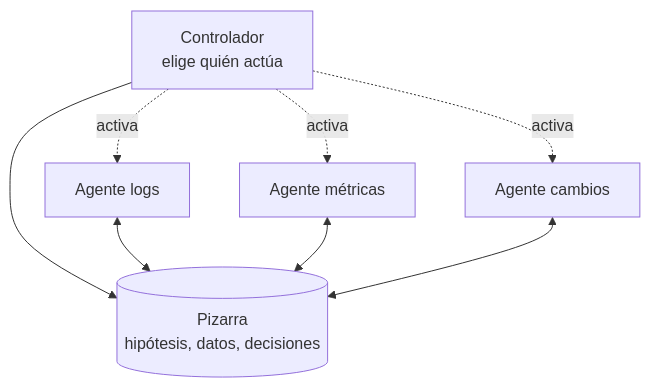
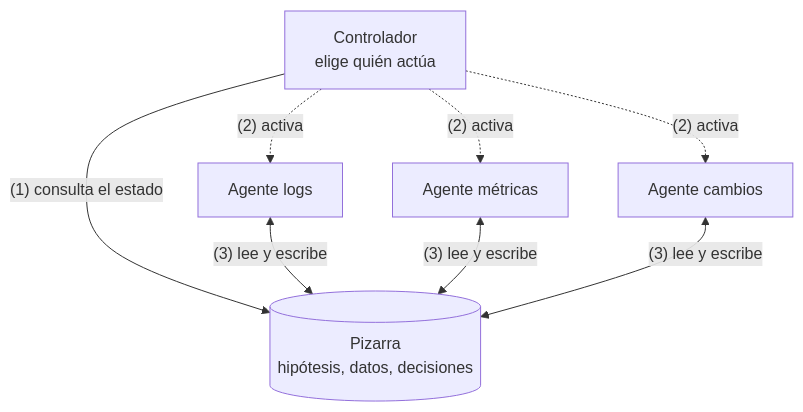
Diagram 17 of 47 in md/Patrones aplicados al desarrollo de agentes.md (whinedo/ai-docs), drawn with Mermaid before and after one commit. The commit also changed other lines of this file and 12 other files, not shown here.

````diff
--- a/md/Patrones aplicados al desarrollo de agentes.md
+++ b/md/Patrones aplicados al desarrollo de agentes.md
@@ -607,11 +760,11 @@
 ```mermaid
 flowchart TB
   BB[("Pizarra<br/>hipótesis, datos, decisiones")]
-  C["Controlador<br/>elige quién actúa"] --> BB
-  A1["Agente logs"] <--> BB
-  A2["Agente métricas"] <--> BB
-  A3["Agente cambios"] <--> BB
-  C -. "activa" .-> A1
-  C -. "activa" .-> A2
-  C -. "activa" .-> A3
+  C["Controlador<br/>elige quién actúa"] -- "(1) consulta el estado" --> BB
+  A1["Agente logs"] <-- "(3) lee y escribe" --> BB
+  A2["Agente métricas"] <-- "(3) lee y escribe" --> BB
+  A3["Agente cambios"] <-- "(3) lee y escribe" --> BB
+  C -. "(2) activa" .-> A1
+  C -. "(2) activa" .-> A2
+  C -. "(2) activa" .-> A3
 ```
````
